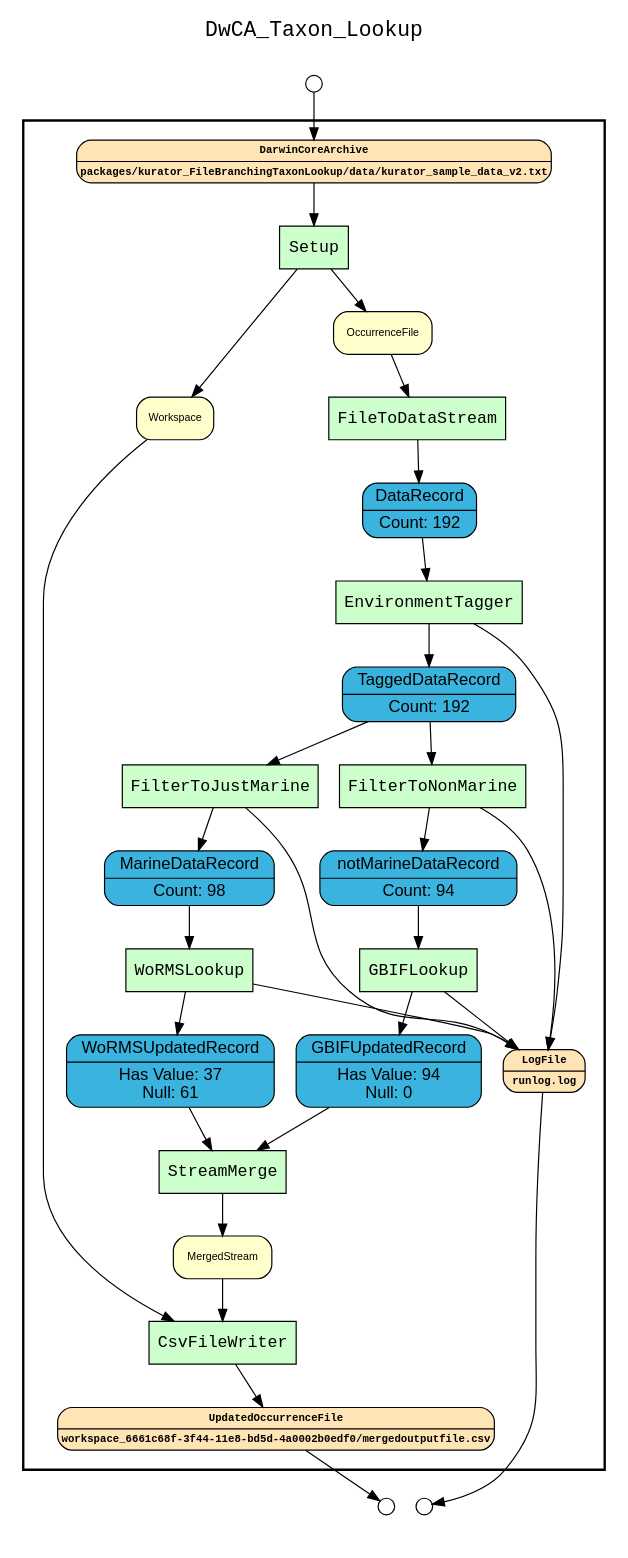
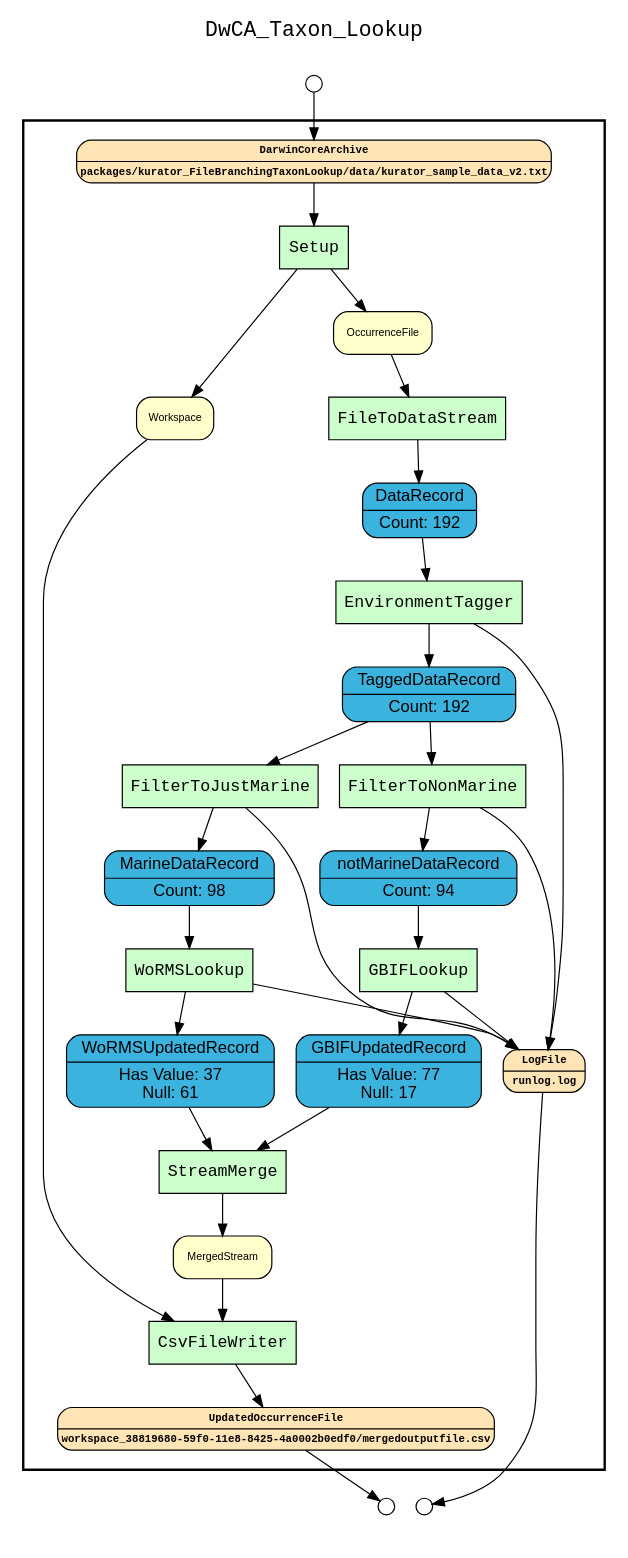
Before and after one commit to kurator-org/kurator-TDWG17-YW: the diagram in kurator_FileBranchingTaxonLookup/workflows/results/wf_recon_complete_graph_of_aggregate_level.gv, drawn with Graphviz. The commit also changed 2 other files, not shown here.

```diff
--- a/kurator_FileBranchingTaxonLookup/workflows/results/wf_recon_complete_graph_of_aggregate_level.gv
+++ b/kurator_FileBranchingTaxonLookup/workflows/results/wf_recon_complete_graph_of_aggregate_level.gv
@@ -1,84 +1,84 @@
 
 digraph yw_data_view {
 rankdir=TB
 fontname=Courier; fontsize=18; labelloc=t
 label="DwCA_Taxon_Lookup"
 subgraph cluster_workflow { label=""; color=black; penwidth=2
 subgraph cluster_workflow_inner { label=""; color=white
 node[shape=box style="filled" fillcolor="#CCFFCC" peripheries=1 fontname=Courier]
 Setup
 FileToDataStream
 EnvironmentTagger
 FilterToJustMarine
 FilterToNonMarine
 WoRMSLookup
 GBIFLookup
 StreamMerge
 CsvFileWriter
 node[shape=box style="filled" fillcolor="#CCFFCC" peripheries=1 fontname=Courier]
 node[shape=box style="rounded,filled" fillcolor="#3ab4df" peripheries=1 fontname=Helvetica]
 DataRecord[shape=record rankdir=LR label="{<f0> DataRecord |<f1>Count: 192\n}"]
 TaggedDataRecord[shape=record rankdir=LR label="{<f0> TaggedDataRecord |<f1>Count: 192\n}"]
 MarineDataRecord[shape=record rankdir=LR label="{<f0> MarineDataRecord |<f1>Count: 98\n}"]
 notMarineDataRecord[shape=record rankdir=LR label="{<f0> notMarineDataRecord |<f1>Count: 94\n}"]
 node[shape=box style="rounded,filled" fillcolor="#3ab4df" peripheries=1 fontname=Helvetica]
 WoRMSUpdatedRecord[shape=record rankdir=LR label="{<f0> WoRMSUpdatedRecord |<f1>Has Value: 37\n Null: 61\n}"]
-GBIFUpdatedRecord[shape=record rankdir=LR label="{<f0> GBIFUpdatedRecord |<f1>Has Value: 94\n Null: 0\n}"]
+GBIFUpdatedRecord[shape=record rankdir=LR label="{<f0> GBIFUpdatedRecord |<f1>Has Value: 77\n Null: 17\n}"]
 node[shape=box style="rounded,filled" fillcolor="#FFE4B5" peripheries=1 fontname="Courier-Bold" fontsize=9]
 DarwinCoreArchive[shape=record rankdir=LR label="{<f0> DarwinCoreArchive |<f1>packages/kurator_FileBranchingTaxonLookup/data/kurator_sample_data_v2.txt\n}"]
 node[shape=box style="rounded,filled" fillcolor="#FFFFCC" peripheries=1 fontname=Helvetica]
 Workspace
 OccurrenceFile
 DataRecord
 TaggedDataRecord
 MarineDataRecord
 notMarineDataRecord
 WoRMSUpdatedRecord
 GBIFUpdatedRecord
 MergedStream
 node[shape=box style="rounded,filled" fillcolor="#FFE4B5" peripheries=1 fontname="Courier-Bold" fontsize=9]
 LogFile[shape=record rankdir=LR label="{<f0> LogFile |<f1>runlog.log\n}"]
-UpdatedOccurrenceFile[shape=record rankdir=LR label="{<f0> UpdatedOccurrenceFile |<f1>workspace_6661c68f-3f44-11e8-bd5d-4a0002b0edf0/mergedoutputfile.csv\n}"]
+UpdatedOccurrenceFile[shape=record rankdir=LR label="{<f0> UpdatedOccurrenceFile |<f1>workspace_38819680-59f0-11e8-8425-4a0002b0edf0/mergedoutputfile.csv\n}"]
 node[shape=box style="rounded,filled" fillcolor="#FFFFFF" peripheries=1 fontname=Helvetica]
 }}
 subgraph cluster_inflows { label=""; color=white; penwidth=2
 subgraph cluster_inflows_inner { label=""; color=white
 node[shape=circle fillcolor="#FFFFFF" peripheries=1 width=0.2]
 DarwinCoreArchive_inflow [label=""]
 }}
 subgraph cluster_outflows { label=""; color=white; penwidth=2
 subgraph cluster_outflows_inner { label=""; color=white
 node[shape=circle fillcolor="#FFFFFF" peripheries=1 width=0.2]
 LogFile_outflow [label=""]
 UpdatedOccurrenceFile_outflow [label=""]
 }}
 DarwinCoreArchive -> Setup
 Workspace -> CsvFileWriter
 OccurrenceFile -> FileToDataStream
 DataRecord -> EnvironmentTagger
 TaggedDataRecord -> FilterToJustMarine
 TaggedDataRecord -> FilterToNonMarine
 MarineDataRecord -> WoRMSLookup
 notMarineDataRecord -> GBIFLookup
 WoRMSUpdatedRecord -> StreamMerge
 GBIFUpdatedRecord -> StreamMerge
 MergedStream -> CsvFileWriter
 Setup -> Workspace
 Setup -> OccurrenceFile
 FileToDataStream -> DataRecord
 EnvironmentTagger -> LogFile
 EnvironmentTagger -> TaggedDataRecord
 FilterToJustMarine -> LogFile
 FilterToJustMarine -> MarineDataRecord
 FilterToNonMarine -> LogFile
 FilterToNonMarine -> notMarineDataRecord
 WoRMSLookup -> LogFile
 WoRMSLookup -> WoRMSUpdatedRecord
 GBIFLookup -> LogFile
 GBIFLookup -> GBIFUpdatedRecord
 StreamMerge -> MergedStream
 CsvFileWriter -> UpdatedOccurrenceFile
 DarwinCoreArchive_inflow -> DarwinCoreArchive
 LogFile -> LogFile_outflow
 UpdatedOccurrenceFile -> UpdatedOccurrenceFile_outflow
 }
```
